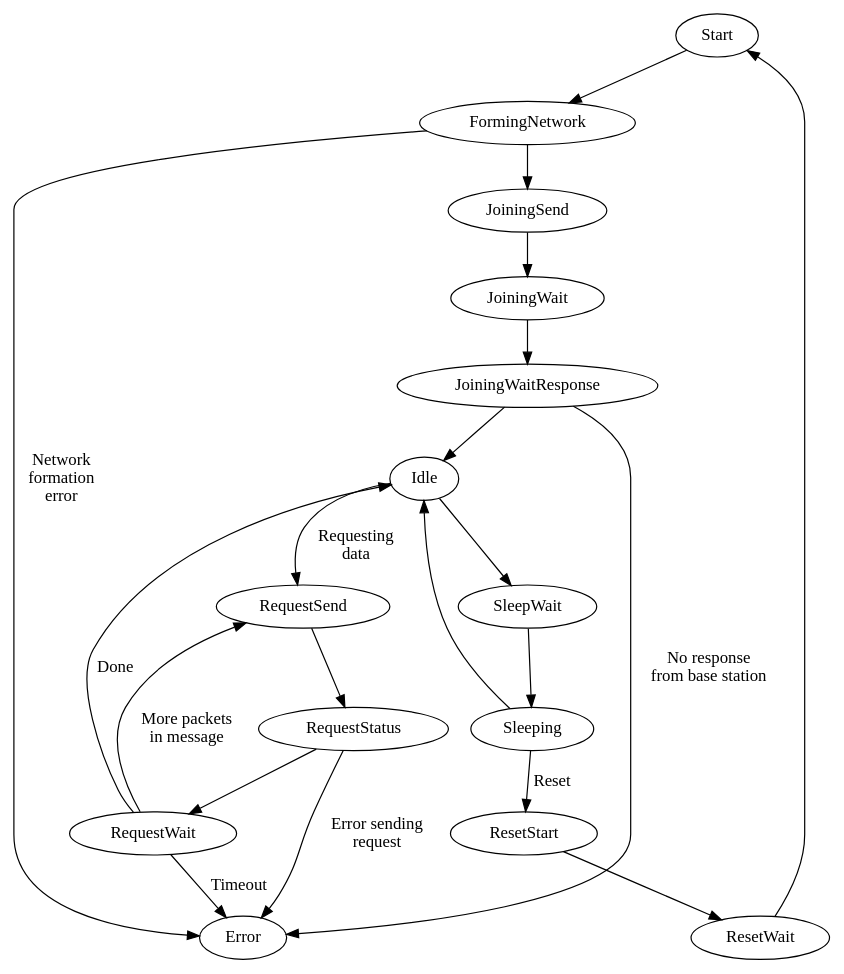
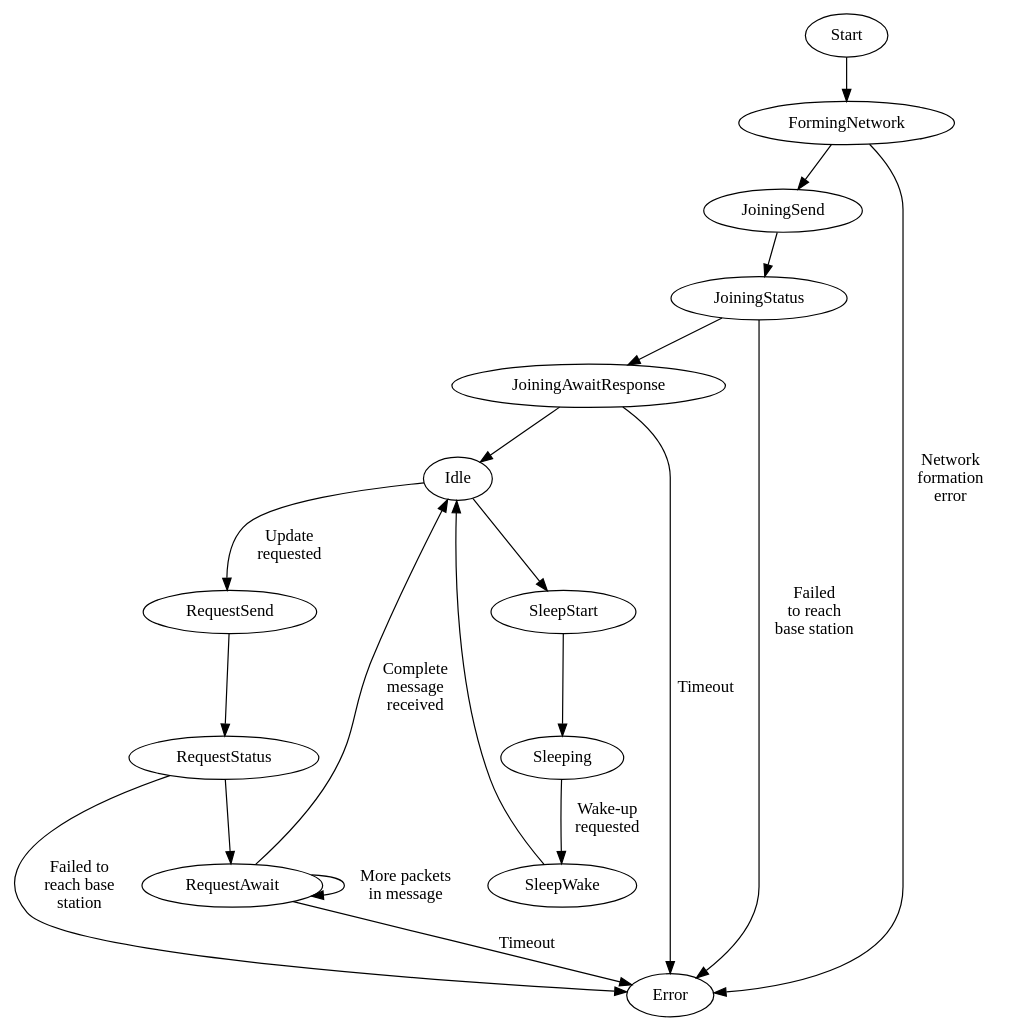
The diagram in Report/dot/enddevice.gv (Burgestrand/twitterskylt), drawn with Graphviz before and after one commit.

Commit message:
Update sign flow-chart.

```diff
--- a/Report/dot/enddevice.gv
+++ b/Report/dot/enddevice.gv
@@ -1,24 +1,33 @@
 digraph G {
 
 	Start -> FormingNetwork
+
+	FormingNetwork -> JoiningSend
 	FormingNetwork -> Error [label="Network \n formation \n error"];
-	FormingNetwork -> JoiningSend
-	JoiningSend -> JoiningWait
-	JoiningWait -> JoiningWaitResponse
-	JoiningWaitResponse -> Error [label="No response \n from base station"];
-	JoiningWaitResponse -> Idle
-	Idle -> SleepWait
-	Idle -> RequestSend [label="Requesting \n data"];
-	SleepWait -> Sleeping
-	Sleeping -> ResetStart [label="Reset"];
-	Sleeping -> Idle
-	Error
+
+	JoiningSend -> JoiningStatus
+
+	JoiningStatus -> JoiningAwaitResponse
+	JoiningStatus -> Error [label="Failed \n to reach \n base station"];
+
+	JoiningAwaitResponse -> Idle
+	JoiningAwaitResponse -> Error [label="Timeout"];
+
+	Idle -> SleepStart
+	Idle -> RequestSend [label="Update \n requested"];
+
+	SleepStart -> Sleeping
+
+	Sleeping -> SleepWake [label="Wake-up \n requested"];
+
+	SleepWake -> Idle
+
 	RequestSend -> RequestStatus
-	RequestStatus -> Error [label="Error sending \n request"];
-	RequestStatus -> RequestWait
-	RequestWait -> Error [label="Timeout"];
-	RequestWait -> RequestSend [label="More packets \n in message"];
-	RequestWait -> Idle [label="Done"];
-	ResetStart -> ResetWait
-	ResetWait -> Start
+	
+	RequestStatus -> RequestAwait
+	RequestStatus -> Error [label="Failed to \n reach base \n station"];
+
+	RequestAwait -> RequestAwait [label="More packets \n in message"];
+	RequestAwait -> Idle [label="Complete \n message \n received"];
+	RequestAwait -> Error [label="Timeout"];
 }
```
